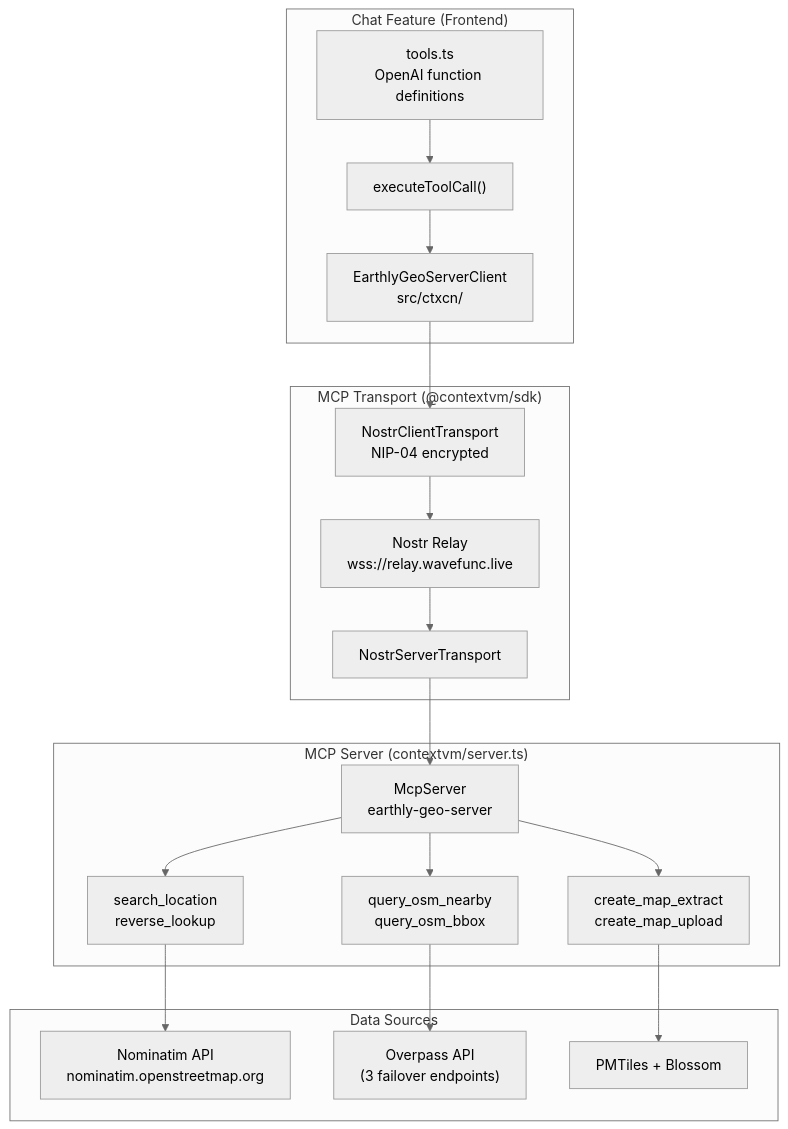
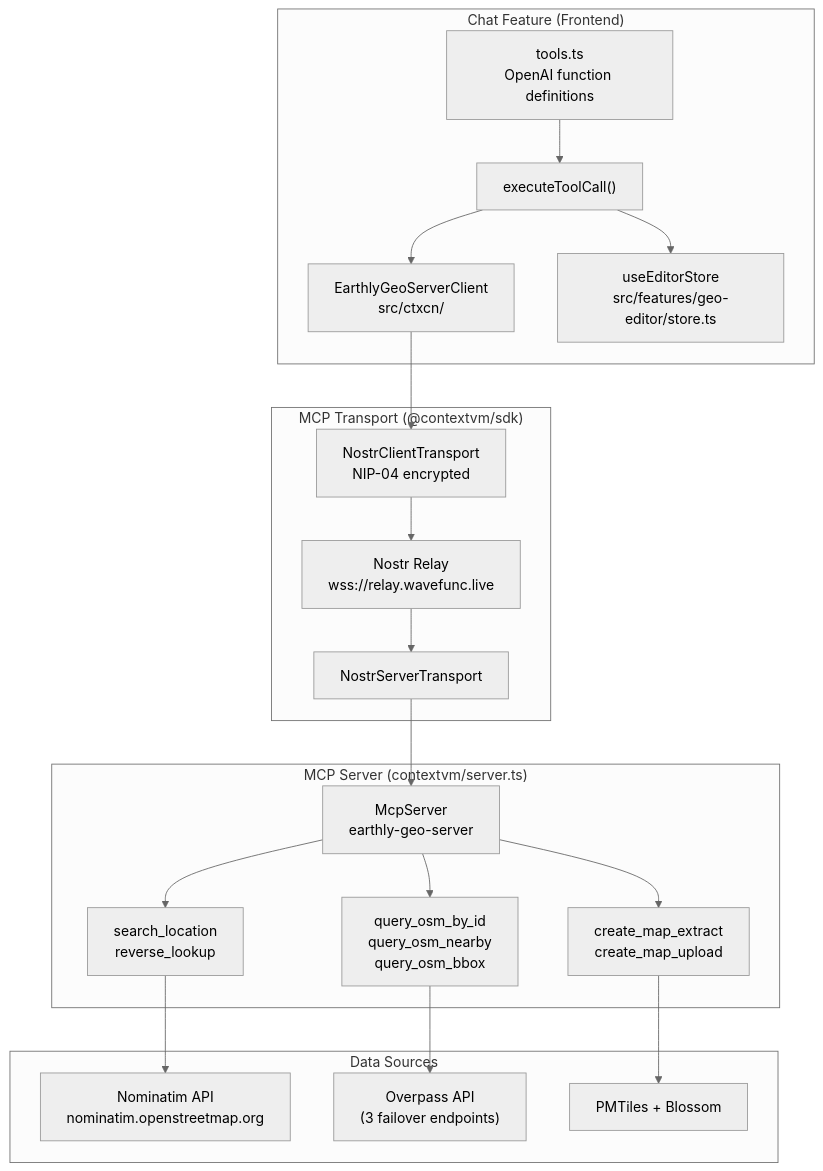
The first of 3 diagrams in src/features/chat/ARCHITECTURE.md (DestBro/earthly), drawn with Mermaid (neutral theme) before and after one commit. The commit also changed other lines of this file and 3 other files, not shown here.

First line of the commit message:
feat(chat): add reasoning UI and map editor integration

````diff
--- a/src/features/chat/ARCHITECTURE.md
+++ b/src/features/chat/ARCHITECTURE.md
@@ -102,26 +106,27 @@
 ```mermaid
 graph TB
     subgraph "Chat Feature (Frontend)"
         A["tools.ts<br/>OpenAI function definitions"] --> B["executeToolCall()"]
         B --> C["EarthlyGeoServerClient<br/>src/ctxcn/"]
+        B --> D["useEditorStore<br/>src/features/geo-editor/store.ts"]
     end
 
     subgraph "MCP Transport (@contextvm/sdk)"
-        C --> D["NostrClientTransport<br/>NIP-04 encrypted"]
-        D --> E["Nostr Relay<br/>wss://relay.wavefunc.live"]
-        E --> F["NostrServerTransport"]
+        C --> E["NostrClientTransport<br/>NIP-04 encrypted"]
+        E --> F["Nostr Relay<br/>wss://relay.wavefunc.live"]
+        F --> G["NostrServerTransport"]
     end
 
     subgraph "MCP Server (contextvm/server.ts)"
-        F --> G["McpServer<br/>earthly-geo-server"]
-        G --> H["search_location<br/>reverse_lookup"]
-        G --> I["query_osm_nearby<br/>query_osm_bbox"]
-        G --> J["create_map_extract<br/>create_map_upload"]
+        G --> H["McpServer<br/>earthly-geo-server"]
+        H --> I["search_location<br/>reverse_lookup"]
+        H --> J["query_osm_by_id<br/>query_osm_nearby<br/>query_osm_bbox"]
+        H --> K["create_map_extract<br/>create_map_upload"]
     end
 
     subgraph "Data Sources"
-        H --> K["Nominatim API<br/>nominatim.openstreetmap.org"]
-        I --> L["Overpass API<br/>(3 failover endpoints)"]
-        J --> M["PMTiles + Blossom"]
+        I --> L["Nominatim API<br/>nominatim.openstreetmap.org"]
+        J --> M["Overpass API<br/>(3 failover endpoints)"]
+        K --> N["PMTiles + Blossom"]
     end
 ```
````
